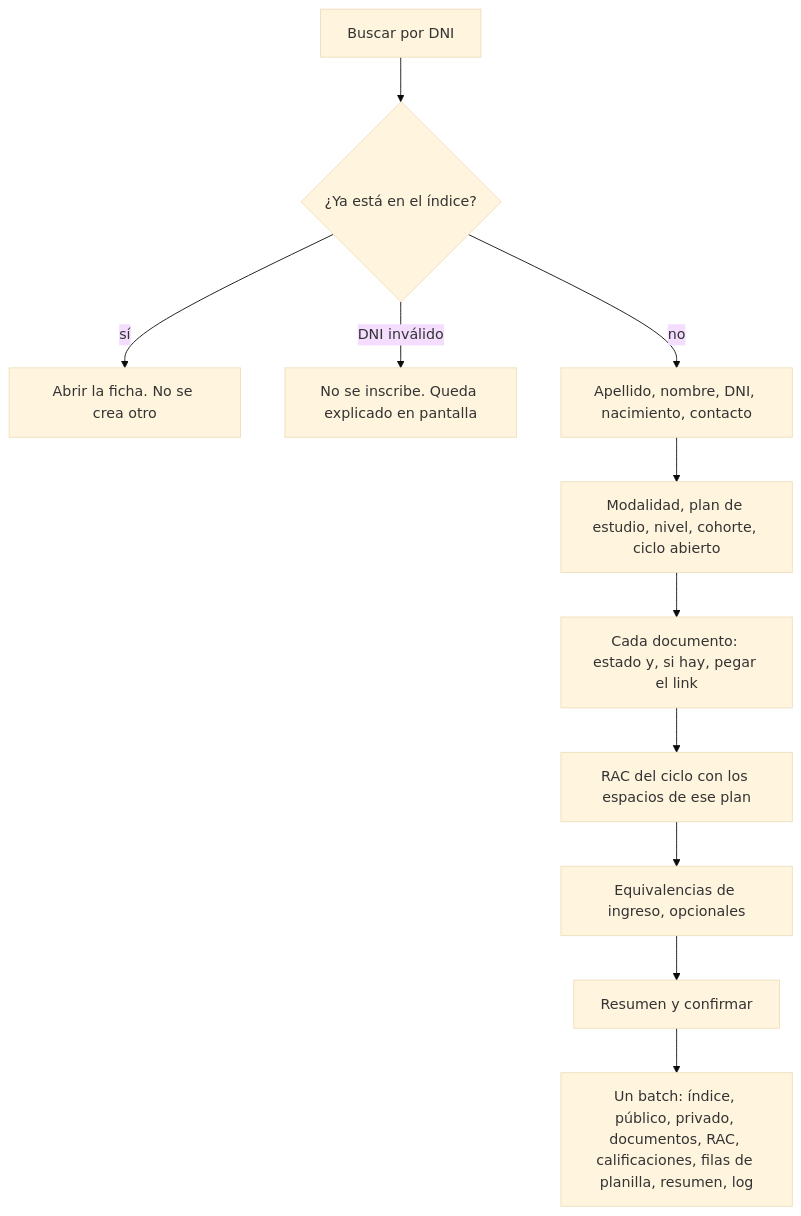
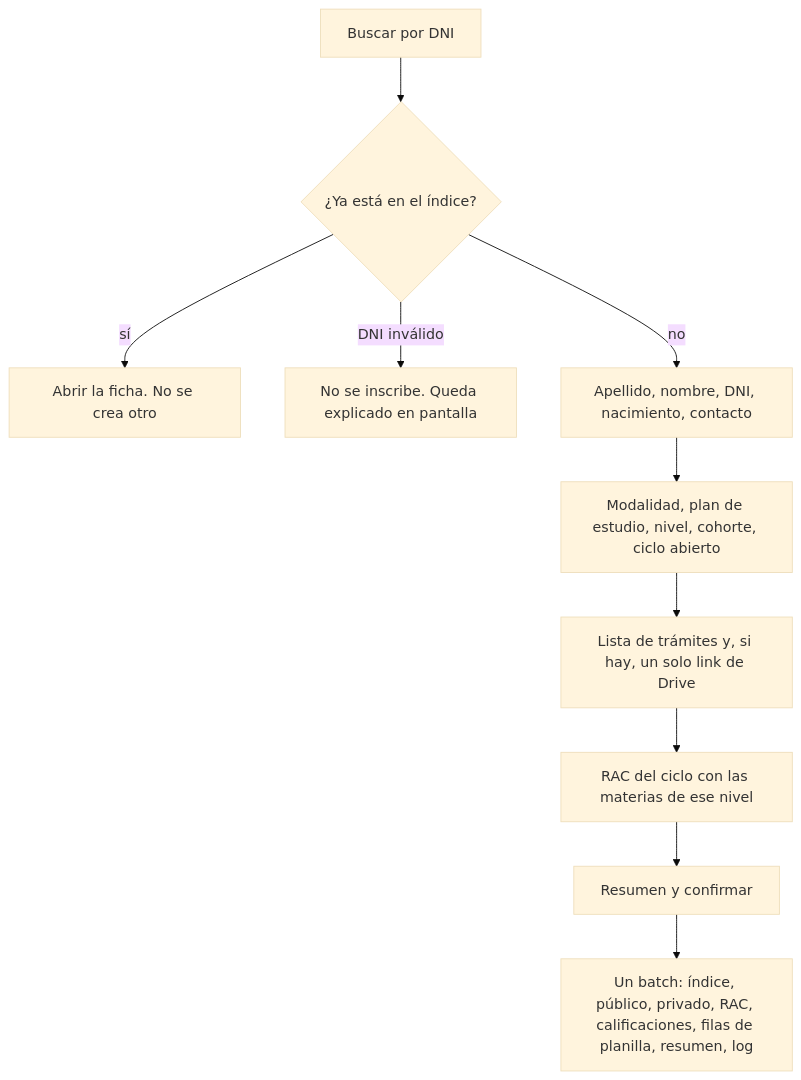
One commit to NahuelPardo89/ceijahigueras changed the first of 2 diagrams in docs/PLAN_REDISENO.md. Above: the diagram before and after it, drawn with Mermaid (base theme). The commit also changed other lines of this file, not shown here.

First line of the commit message:
docs: cerrar nota, TPI, link único y equivalencias

````diff
--- a/docs/PLAN_REDISENO.md
+++ b/docs/PLAN_REDISENO.md
@@ -349,13 +362,12 @@
 ```mermaid
 flowchart TD
   buscar["Buscar por DNI"] --> existe{"¿Ya está en el índice?"}
   existe -->|sí| ficha["Abrir la ficha. No se crea otro"]
   existe -->|DNI inválido| corte["No se inscribe. Queda explicado en pantalla"]
   existe -->|no| identidad["Apellido, nombre, DNI, nacimiento, contacto"]
   identidad --> cursado["Modalidad, plan de estudio, nivel, cohorte, ciclo abierto"]
-  cursado --> docs["Cada documento: estado y, si hay, pegar el link"]
-  docs --> rac["RAC del ciclo con los espacios de ese plan"]
-  rac --> equiv["Equivalencias de ingreso, opcionales"]
-  equiv --> confirmar["Resumen y confirmar"]
-  confirmar --> batch["Un batch: índice, público, privado, documentos, RAC, calificaciones, filas de planilla, resumen, log"]
+  cursado --> docs["Lista de trámites y, si hay, un solo link de Drive"]
+  docs --> rac["RAC del ciclo con las materias de ese nivel"]
+  rac --> confirmar["Resumen y confirmar"]
+  confirmar --> batch["Un batch: índice, público, privado, RAC, calificaciones, filas de planilla, resumen, log"]
 ```
````
